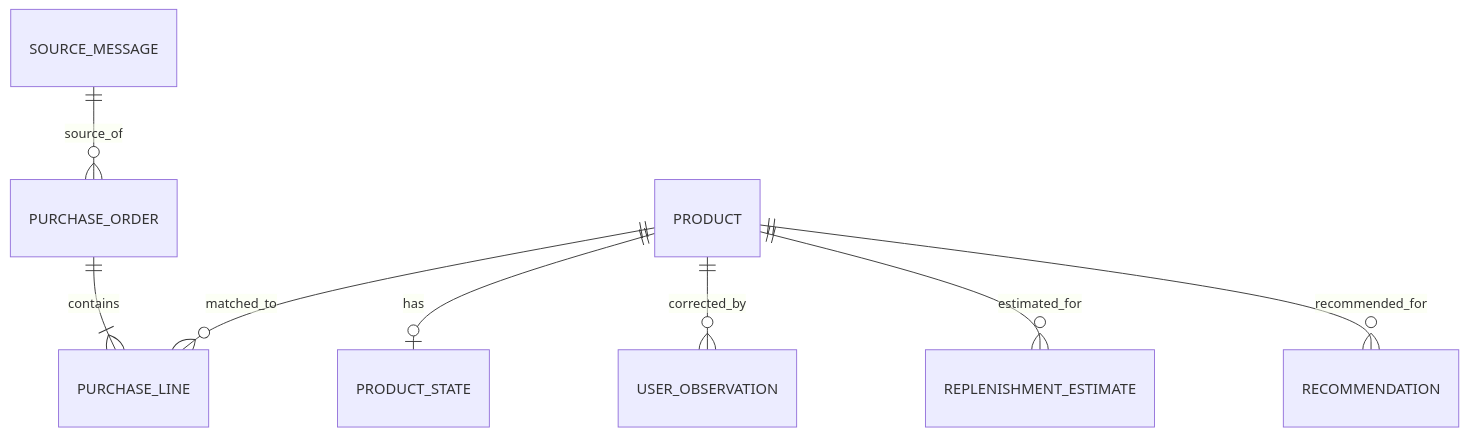
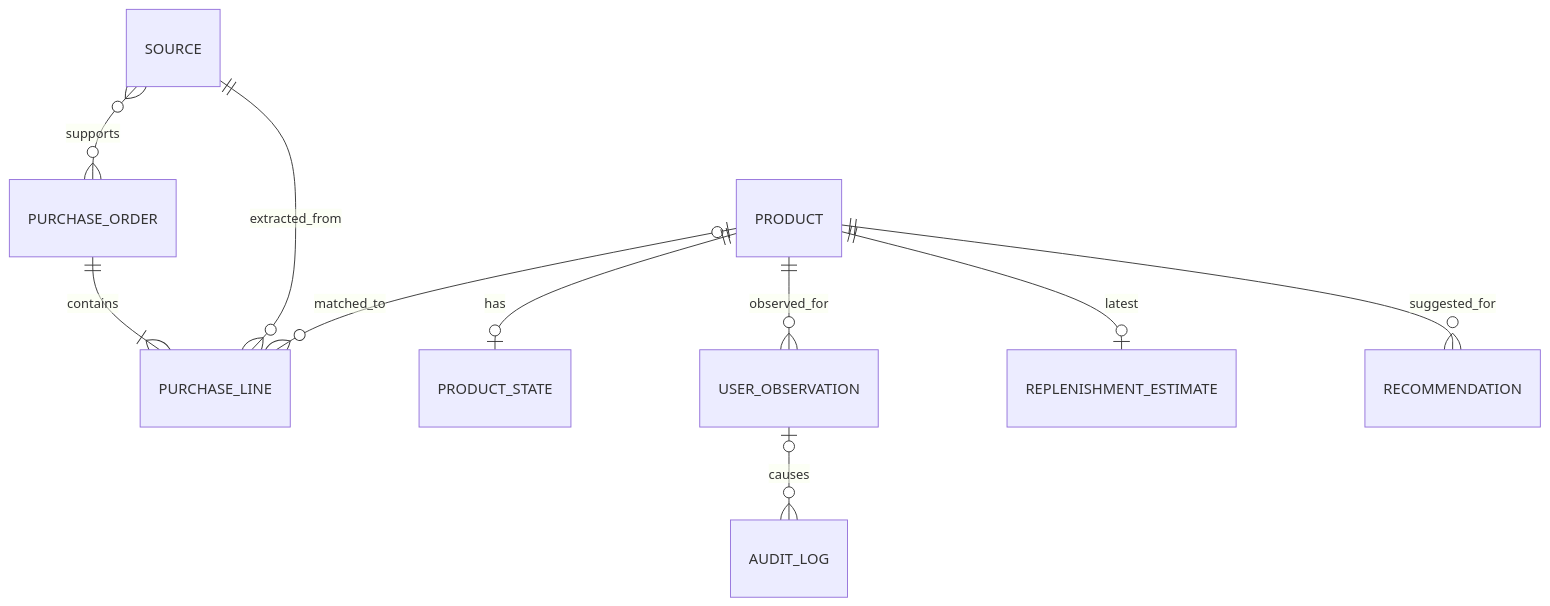
The diagram in docs/personal-commerce/basic-design.md (Motoki2601/portal), drawn with Mermaid before and after one commit. The commit also changed other lines of this file, not shown here.

````diff
--- a/docs/personal-commerce/basic-design.md
+++ b/docs/personal-commerce/basic-design.md
@@ -86,10 +113,12 @@
 ```mermaid
 erDiagram
+  SOURCE }o--o{ PURCHASE_ORDER : supports
   PURCHASE_ORDER ||--|{ PURCHASE_LINE : contains
-  PRODUCT ||--o{ PURCHASE_LINE : matched_to
+  SOURCE ||--o{ PURCHASE_LINE : extracted_from
+  PRODUCT o|--o{ PURCHASE_LINE : matched_to
   PRODUCT ||--o| PRODUCT_STATE : has
-  PRODUCT ||--o{ USER_OBSERVATION : corrected_by
-  PRODUCT ||--o{ REPLENISHMENT_ESTIMATE : estimated_for
-  PRODUCT ||--o{ RECOMMENDATION : recommended_for
-  SOURCE_MESSAGE ||--o{ PURCHASE_ORDER : source_of
+  PRODUCT ||--o{ USER_OBSERVATION : observed_for
+  PRODUCT ||--o| REPLENISHMENT_ESTIMATE : latest
+  PRODUCT ||--o{ RECOMMENDATION : suggested_for
+  USER_OBSERVATION o|--o{ AUDIT_LOG : causes
 ```
````
